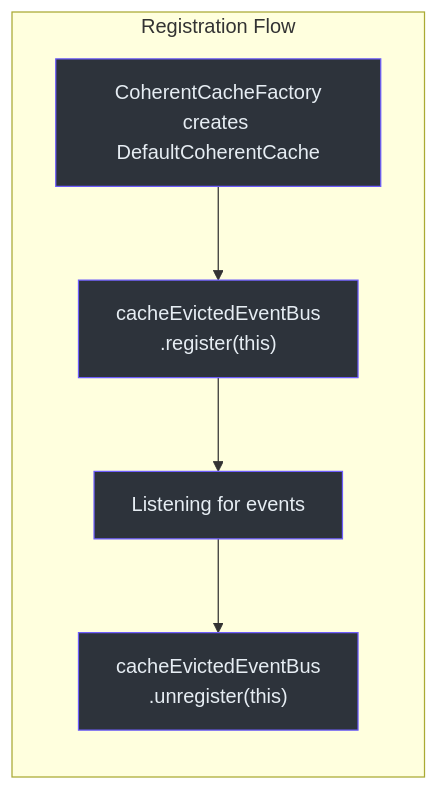
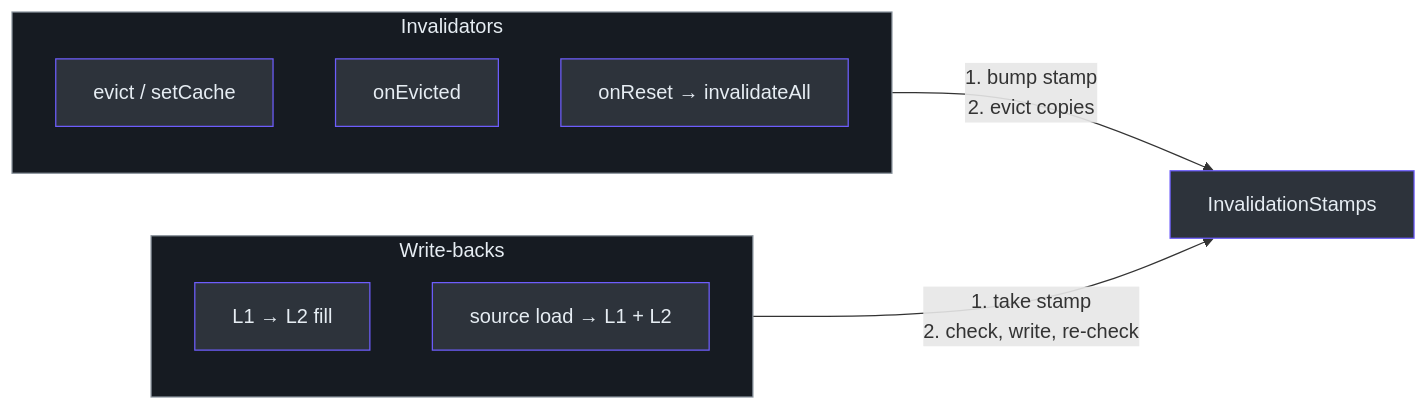
The second of 2 diagrams in wiki/architecture/coherence.md (Ahoo-Wang/CoCache), drawn with Mermaid before and after one commit. The commit also changed other lines of this file and 256 other files, not shown here.

````diff
--- a/wiki/architecture/coherence.md
+++ b/wiki/architecture/coherence.md
@@ -221,18 +77,23 @@
 ```mermaid
 flowchart LR
-    subgraph sg_9 ["Registration Flow"]
+    subgraph inv ["Invalidators"]
+        E1["evict / setCache"]
+        E2["onEvicted"]
+        E3["onReset → invalidateAll"]
+    end
+    subgraph wb ["Write-backs"]
+        W1["L1 → L2 fill"]
+        W2["source load → L1 + L2"]
+    end
+    inv -->|"1. bump stamp<br>2. evict copies"| S["InvalidationStamps"]
+    wb -->|"1. take stamp<br>2. check, write, re-check"| S
 
-        Create["CoherentCacheFactory<br>creates DefaultCoherentCache"]
-        Register["cacheEvictedEventBus<br>.register(this)"]
-        Listen["Listening for events"]
-        Unregister["cacheEvictedEventBus<br>.unregister(this)"]
-    end
-
-    Create --> Register --> Listen --> Unregister
-
-    style Create fill:#2d333b,stroke:#6d5dfc,color:#e6edf3
-    style Register fill:#2d333b,stroke:#6d5dfc,color:#e6edf3
-    style Listen fill:#2d333b,stroke:#6d5dfc,color:#e6edf3
-    style Unregister fill:#2d333b,stroke:#6d5dfc,color:#e6edf3
-
+    style E1 fill:#2d333b,stroke:#6d5dfc,color:#e6edf3
+    style E2 fill:#2d333b,stroke:#6d5dfc,color:#e6edf3
+    style E3 fill:#2d333b,stroke:#6d5dfc,color:#e6edf3
+    style W1 fill:#2d333b,stroke:#6d5dfc,color:#e6edf3
+    style W2 fill:#2d333b,stroke:#6d5dfc,color:#e6edf3
+    style S fill:#2d333b,stroke:#6d5dfc,color:#e6edf3
+    style inv fill:#161b22,stroke:#8b949e,color:#e6edf3
+    style wb fill:#161b22,stroke:#8b949e,color:#e6edf3
 ```
````
